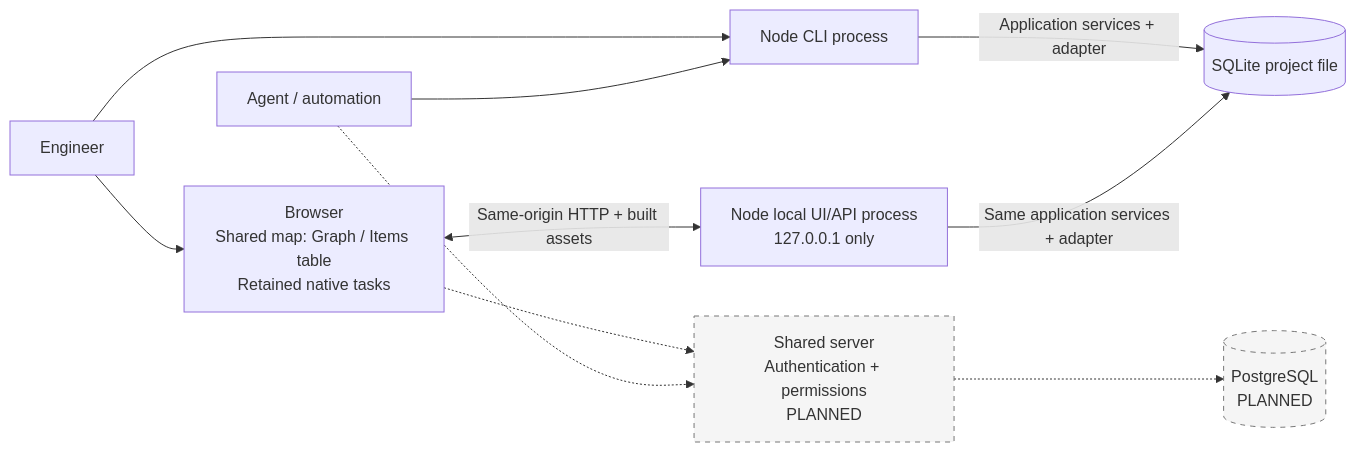
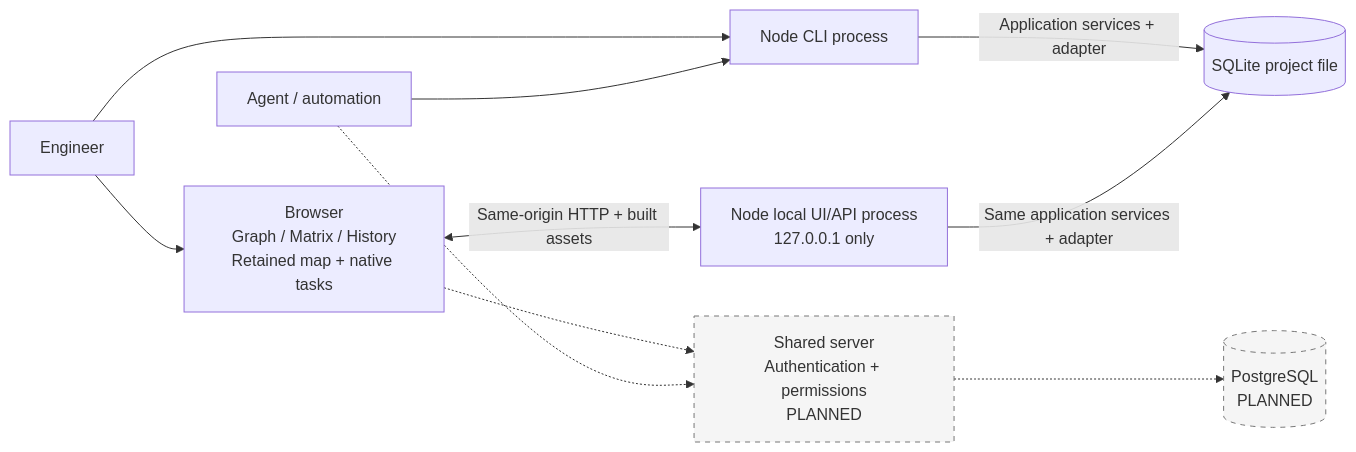
Before and after one commit to jtabke/tracer: the first of 8 diagrams in docs/architecture.md, drawn with Mermaid. The commit also changed other lines of this file and 7 other files, not shown here.

````diff
--- a/docs/architecture.md
+++ b/docs/architecture.md
@@ -107,24 +117,24 @@
 ```mermaid
 flowchart LR
     engineer["Engineer"]
     agent["Agent / automation"]
-    browser["Browser<br/>Shared map: Graph / Items table<br/>Retained native tasks"]
+    browser["Browser<br/>Graph / Matrix / History<br/>Retained map + native tasks"]
     cli["Node CLI process"]
     local["Node local UI/API process<br/>127.0.0.1 only"]
     sqlite[("SQLite project file")]
     server["Shared server<br/>Authentication + permissions<br/>PLANNED"]
     postgres[("PostgreSQL<br/>PLANNED")]
 
     engineer --> browser
     engineer --> cli
     agent --> cli
     browser <-->|"Same-origin HTTP + built assets"| local
     cli -->|"Application services + adapter"| sqlite
     local -->|"Same application services + adapter"| sqlite
     browser -.-> server
     agent -.-> server
     server -.-> postgres
 
     classDef planned fill:#f5f5f5,stroke:#777,stroke-dasharray:5 5;
     class server,postgres planned;
 ```
````
